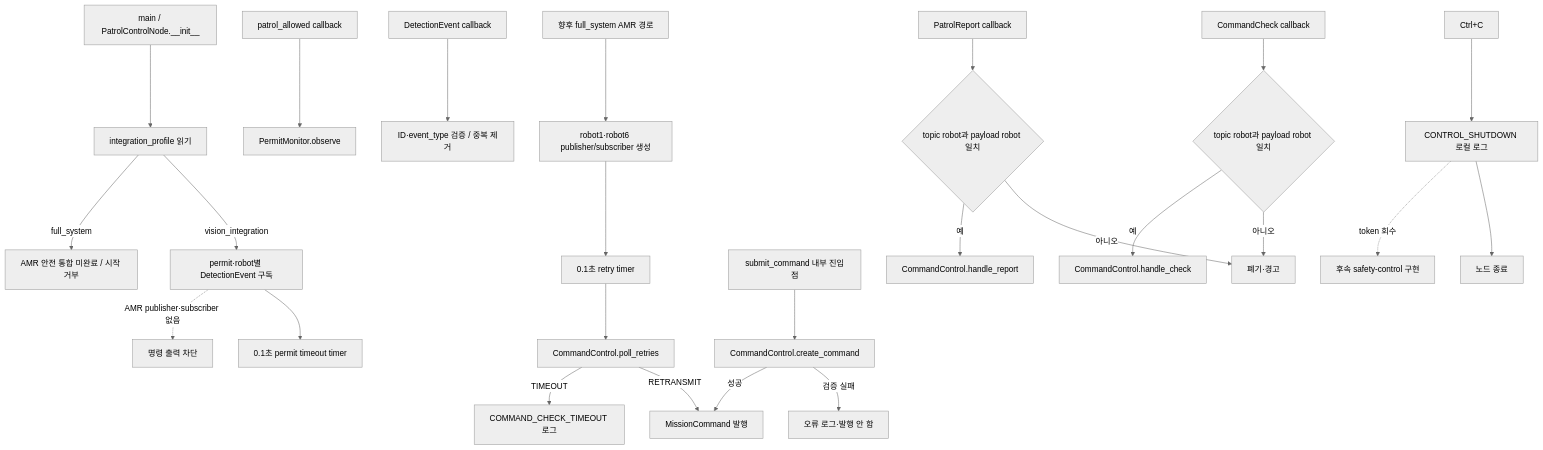
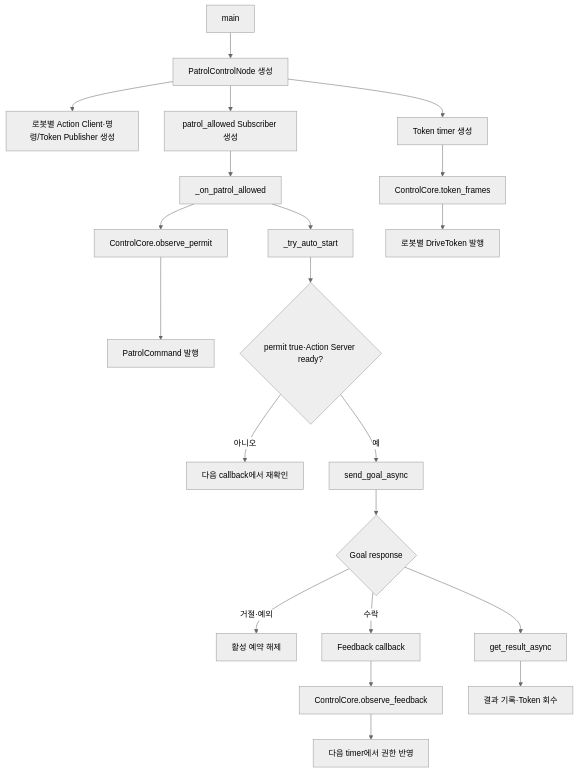
One commit to suuuhululu/patrol changed the second of 2 diagrams in docs/control_server.md. Above: the diagram before and after it, drawn with Mermaid (neutral theme). The commit also changed other lines of this file and 64 other files, not shown here.

Commit message:
v2.0 인터페이스 구성. AMR PC에서 주행 Action 구현 필요.

````diff
--- a/docs/control_server.md
+++ b/docs/control_server.md
@@ -265,28 +81,26 @@
-~~~mermaid
+```mermaid
 flowchart TD
-    N0[main / PatrolControlNode.__init__] --> N1[integration_profile 읽기]
-    N1 -->|vision_integration| V0[permit·robot별 DetectionEvent 구독]
-    N1 -->|full_system| V1[AMR 안전 통합 미완료 / 시작 거부]
-    V0 --> V2[0.1초 permit timeout timer]
-    V3[patrol_allowed callback] --> V4[PermitMonitor.observe]
-    V5[DetectionEvent callback] --> V6[ID·event_type 검증 / 중복 제거]
-    V0 -. AMR publisher·subscriber 없음 .-> V7[명령 출력 차단]
+    S[main] --> N[PatrolControlNode 생성]
+    N --> I[로봇별 Action Client·명령/Token Publisher 생성]
+    N --> P[patrol_allowed Subscriber 생성]
+    N --> T[Token timer 생성]
 
-    A0[향후 full_system AMR 경로] --> A1[robot1·robot6 publisher/subscriber 생성]
-    A1 --> A2[0.1초 retry timer]
-    A3[submit_command 내부 진입점] --> A4[CommandControl.create_command]
-    A4 -->|검증 실패| A5[오류 로그·발행 안 함]
-    A4 -->|성공| A6[MissionCommand 발행]
-    A7[CommandCheck callback] --> A8{topic robot과 payload robot 일치}
-    A8 -->|아니오| A9[폐기·경고]
-    A8 -->|예| A10[CommandControl.handle_check]
-    A11[PatrolReport callback] --> A12{topic robot과 payload robot 일치}
-    A12 -->|아니오| A9
-    A12 -->|예| A13[CommandControl.handle_report]
-    A2 --> A14[CommandControl.poll_retries]
-    A14 -->|RETRANSMIT| A6
-    A14 -->|TIMEOUT| A15[COMMAND_CHECK_TIMEOUT 로그]
-    A16[Ctrl+C] --> A17[CONTROL_SHUTDOWN 로컬 로그]
-    A17 --> A18[노드 종료]
-    A17 -. token 회수 .-> A19[후속 safety-control 구현]
-~~~
+    P --> PC[_on_patrol_allowed]
+    PC --> CORE1[ControlCore.observe_permit]
+    CORE1 --> CMD[PatrolCommand 발행]
+    PC --> AUTO[_try_auto_start]
+
+    AUTO --> READY{permit true·Action Server ready?}
+    READY -->|아니오| WAIT[다음 callback에서 재확인]
+    READY -->|예| GOAL[send_goal_async]
+    GOAL --> RESP{Goal response}
+    RESP -->|거절·예외| CLEAR[활성 예약 해제]
+    RESP -->|수락| FB[Feedback callback]
+    FB --> CORE2[ControlCore.observe_feedback]
+    CORE2 --> TOKEN[다음 timer에서 권한 반영]
+    RESP --> RESULT[get_result_async]
+    RESULT --> DONE[결과 기록·Token 회수]
+
+    T --> FRAME[ControlCore.token_frames]
+    FRAME --> PUB[로봇별 DriveToken 발행]
+```
````
